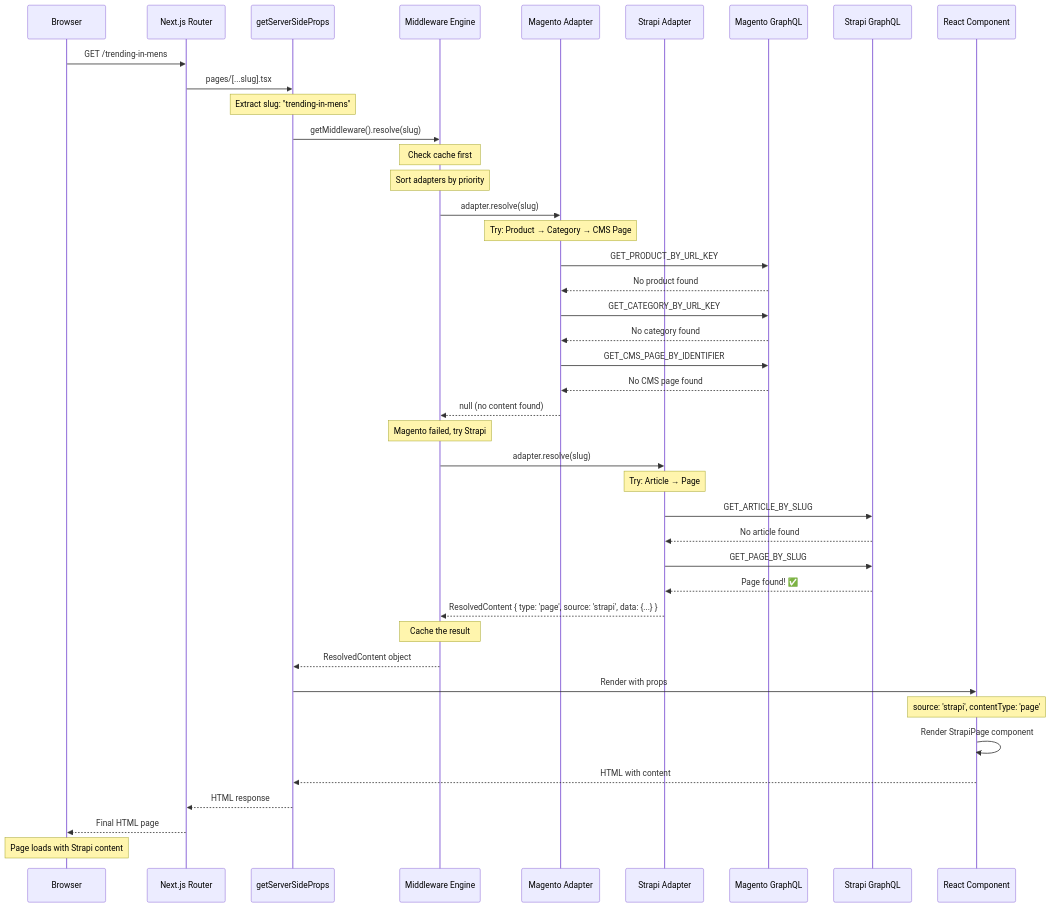
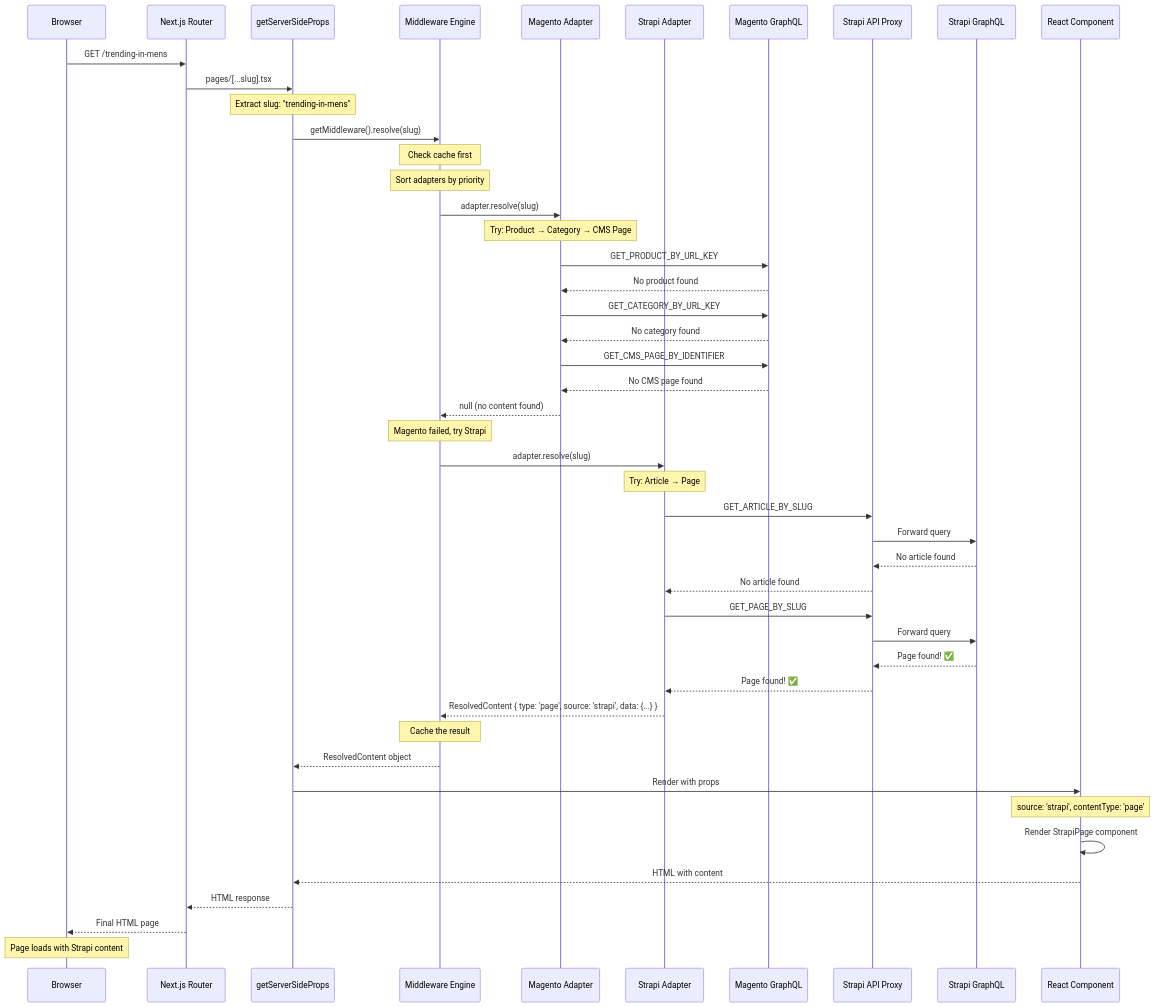
Before and after one commit to riteshaxelerant/composable-storefront-poc: the diagram in SEQUENCE_DIAGRAM.md, drawn with Mermaid. The commit also changed 7 other files, not shown here.

First line of the commit message:
Implement consistent proxy architecture for Strapi and cleanup unused code

````diff
--- a/SEQUENCE_DIAGRAM.md
+++ b/SEQUENCE_DIAGRAM.md
@@ -5,69 +5,74 @@
 ```mermaid
 sequenceDiagram
     participant Browser
     participant NextJS as Next.js Router
     participant SSR as getServerSideProps
     participant Middleware as Middleware Engine
     participant MagentoAdapter as Magento Adapter
     participant StrapiAdapter as Strapi Adapter
     participant MagentoAPI as Magento GraphQL
+    participant StrapiProxy as Strapi API Proxy
     participant StrapiAPI as Strapi GraphQL
     participant Component as React Component
 
     Browser->>NextJS: GET /trending-in-mens
     NextJS->>SSR: pages/[...slug].tsx
     
     Note over SSR: Extract slug: "trending-in-mens"
     
     SSR->>Middleware: getMiddleware().resolve(slug)
     
     Note over Middleware: Check cache first
     Note over Middleware: Sort adapters by priority
     
     Middleware->>MagentoAdapter: adapter.resolve(slug)
     
     Note over MagentoAdapter: Try: Product → Category → CMS Page
     
     MagentoAdapter->>MagentoAPI: GET_PRODUCT_BY_URL_KEY
     MagentoAPI-->>MagentoAdapter: No product found
     
     MagentoAdapter->>MagentoAPI: GET_CATEGORY_BY_URL_KEY
     MagentoAPI-->>MagentoAdapter: No category found
     
     MagentoAdapter->>MagentoAPI: GET_CMS_PAGE_BY_IDENTIFIER
     MagentoAPI-->>MagentoAdapter: No CMS page found
     
     MagentoAdapter-->>Middleware: null (no content found)
     
     Note over Middleware: Magento failed, try Strapi
     
     Middleware->>StrapiAdapter: adapter.resolve(slug)
     
     Note over StrapiAdapter: Try: Article → Page
     
-    StrapiAdapter->>StrapiAPI: GET_ARTICLE_BY_SLUG
-    StrapiAPI-->>StrapiAdapter: No article found
+    StrapiAdapter->>StrapiProxy: GET_ARTICLE_BY_SLUG
+    StrapiProxy->>StrapiAPI: Forward query
+    StrapiAPI-->>StrapiProxy: No article found
+    StrapiProxy-->>StrapiAdapter: No article found
     
-    StrapiAdapter->>StrapiAPI: GET_PAGE_BY_SLUG
-    StrapiAPI-->>StrapiAdapter: Page found! ✅
+    StrapiAdapter->>StrapiProxy: GET_PAGE_BY_SLUG
+    StrapiProxy->>StrapiAPI: Forward query
+    StrapiAPI-->>StrapiProxy: Page found! ✅
+    StrapiProxy-->>StrapiAdapter: Page found! ✅
     
     StrapiAdapter-->>Middleware: ResolvedContent { type: 'page', source: 'strapi', data: {...} }
     
     Note over Middleware: Cache the result
     
     Middleware-->>SSR: ResolvedContent object
     
     SSR->>Component: Render with props
     
     Note over Component: source: 'strapi', contentType: 'page'
     
     Component->>Component: Render StrapiPage component
     
     Component-->>SSR: HTML with content
     
     SSR-->>NextJS: HTML response
     
     NextJS-->>Browser: Final HTML page
     
     Note over Browser: Page loads with Strapi content
 ```
````
